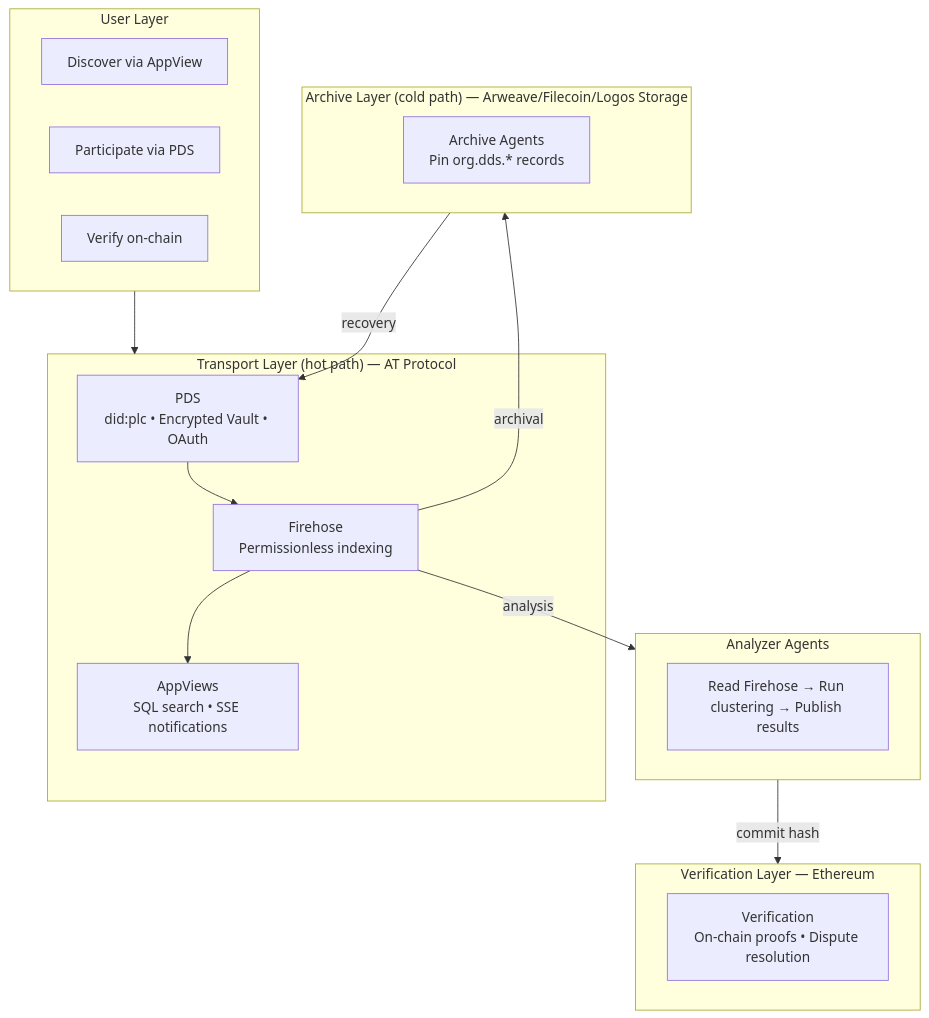
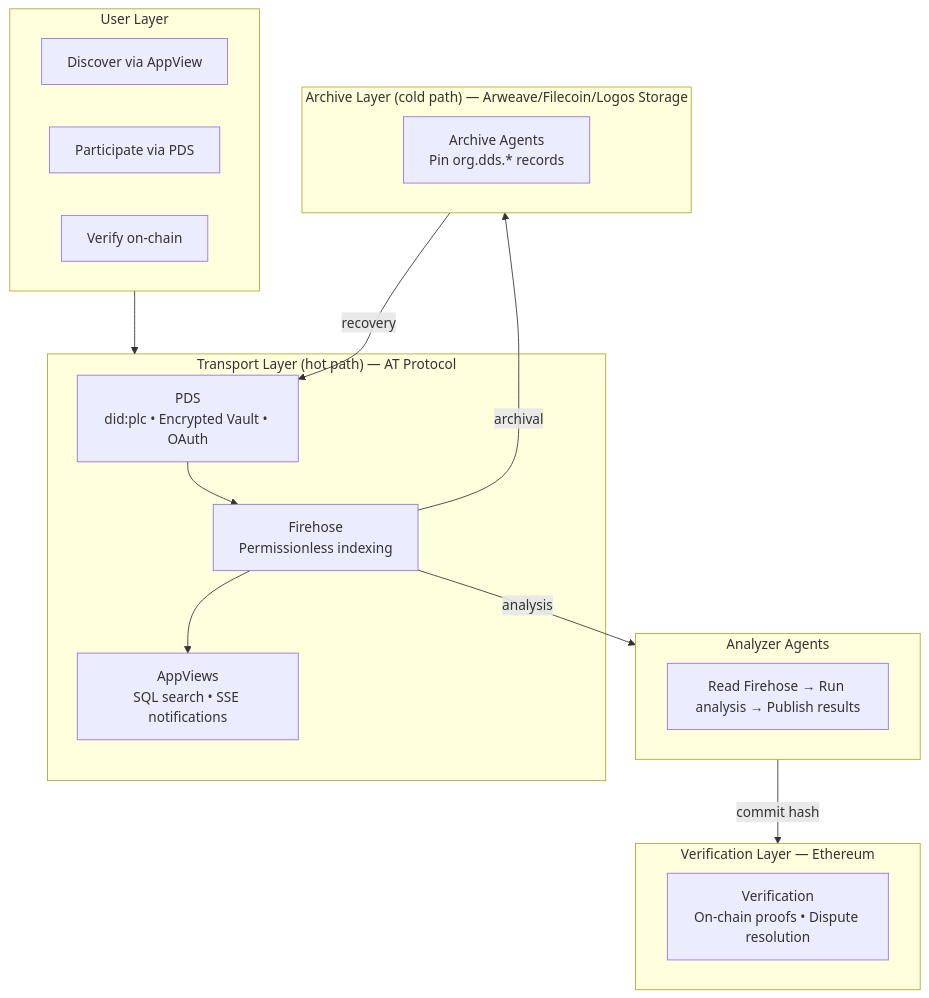
One commit to zkorum/agora changed the first of 2 diagrams in doc/decentralized-protocol/0013-agora-atproto-walkaway.md. Above: the diagram before and after it, drawn with Mermaid. The commit also changed other lines of this file and 2 other files, not shown here.

````diff
--- a/doc/decentralized-protocol/0013-agora-atproto-walkaway.md
+++ b/doc/decentralized-protocol/0013-agora-atproto-walkaway.md
@@ -27,33 +29,33 @@
 ```mermaid
 flowchart TB
     subgraph User["User Layer"]
         Discover[Discover via AppView]
         Participate[Participate via PDS]
         Verify[Verify on-chain]
     end
 
     subgraph Transport["Transport Layer (hot path) — AT Protocol"]
         PDS["PDS<br/>did:plc • Encrypted Vault • OAuth"]
         Firehose["Firehose<br/>Permissionless indexing"]
         AppView["AppViews<br/>SQL search • SSE notifications"]
         PDS --> Firehose --> AppView
     end
 
     subgraph Archive["Archive Layer (cold path) — Arweave/Filecoin/Logos Storage"]
         ArchiveAgents["Archive Agents<br/>Pin org.dds.* records"]
     end
 
     subgraph Verification["Verification Layer — Ethereum"]
         Truth["Verification<br/>On-chain proofs • Dispute resolution"]
     end
 
     subgraph Analyzer["Analyzer Agents"]
-        Compute["Read Firehose → Run clustering → Publish results"]
+        Compute["Read Firehose → Run analysis → Publish results"]
     end
 
     User --> Transport
     Firehose -->|archival| Archive
     Firehose -->|analysis| Analyzer
     Analyzer -->|commit hash| Verification
     Archive -->|recovery| PDS
 ```
````
